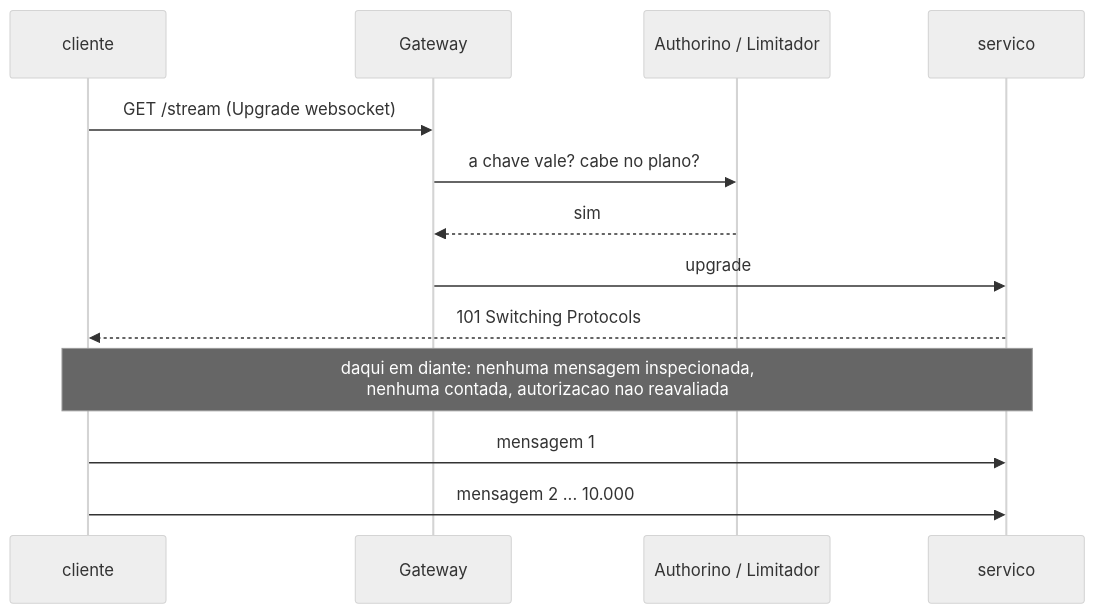
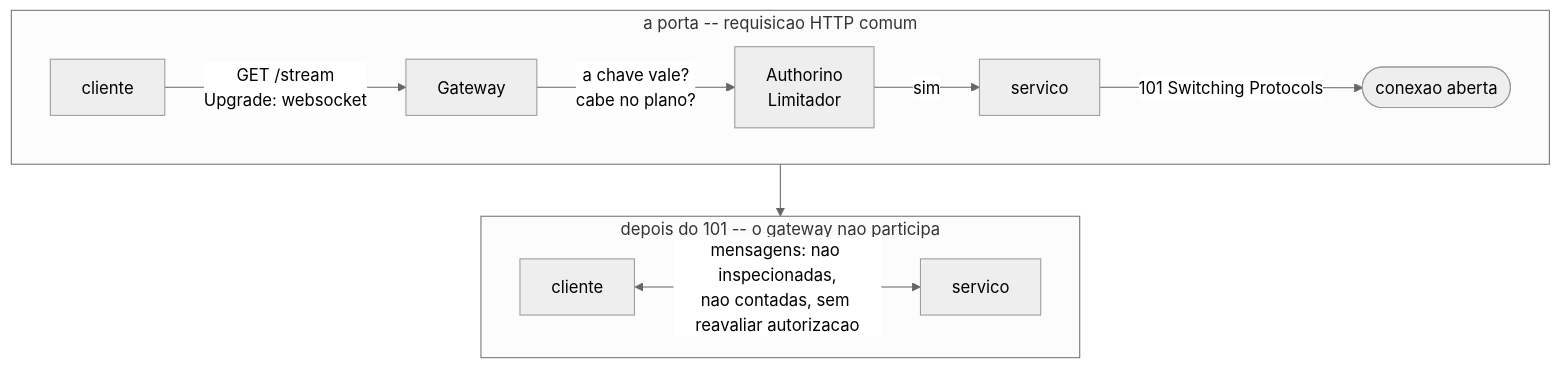
Before and after one commit to workshop-tanaka/rhcl-connectivity-workshop: the diagram in content/modules/ROOT/pages/leitura-websocket.adoc, drawn with Mermaid (neutral theme). The commit also changed 1 other file, not shown here.

Commit message:
leitura-websocket: o ciclo vira flowchart, e o sequenceDiagram ganha teto
O desenho saiu pequeno na pagina publicada. Duas correcoes:

- o diagrama passa a ser um flowchart com dois blocos (a porta, que e
  requisicao HTTP comum, e o tunel depois do 101), que e o mesmo tipo
  que ja renderiza bem nas outras quatro paginas;
- o site.yml ganha 'sequence.use_max_width: false', que faltava: a chave
  do flowchart nao vale para os outros tipos de diagrama.

```diff
--- a/content/modules/ROOT/pages/leitura-websocket.adoc
+++ b/content/modules/ROOT/pages/leitura-websocket.adoc
@@ -39,16 +39,16 @@
 [mermaid]
 ....
-sequenceDiagram
-  participant C as cliente
-  participant G as Gateway
-  participant P as Authorino / Limitador
-  participant S as servico
-  C->>G: GET /stream (Upgrade websocket)
-  G->>P: a chave vale? cabe no plano?
-  P-->>G: sim
-  G->>S: upgrade
-  S-->>C: 101 Switching Protocols
-  Note over C,S: daqui em diante: nenhuma mensagem inspecionada,<br/>nenhuma contada, autorizacao nao reavaliada
-  C->>S: mensagem 1
-  C->>S: mensagem 2 ... 10.000
+flowchart TB
+  subgraph PORTA["a porta -- requisicao HTTP comum"]
+    direction LR
+    C["cliente"] -->|"GET /stream<br/>Upgrade: websocket"| G["Gateway"]
+    G -->|"a chave vale?<br/>cabe no plano?"| P["Authorino<br/>Limitador"]
+    P -->|"sim"| S["servico"]
+    S -->|"101 Switching Protocols"| OK(["conexao aberta"])
+  end
+  subgraph TUNEL["depois do 101 -- o gateway nao participa"]
+    direction LR
+    C2["cliente"] <-->|"mensagens: nao inspecionadas,<br/>nao contadas, sem reavaliar autorizacao"| S2["servico"]
+  end
+  OK --> C2
 ....
```
